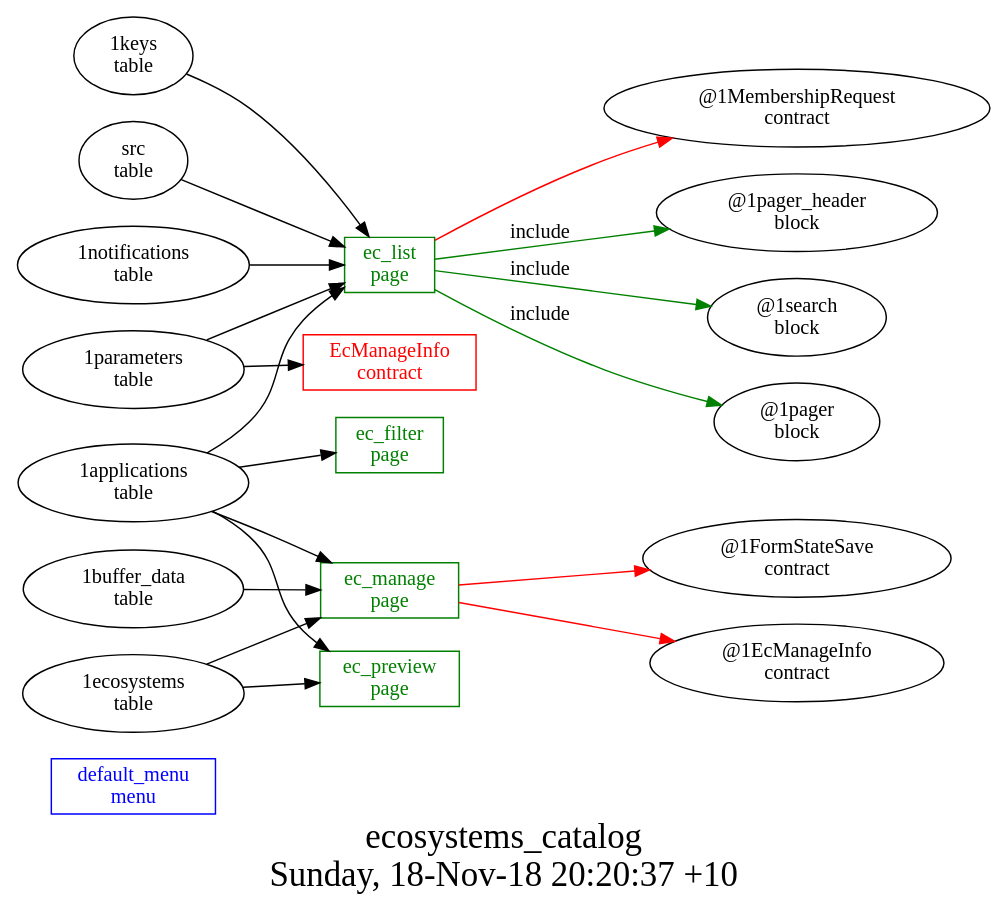
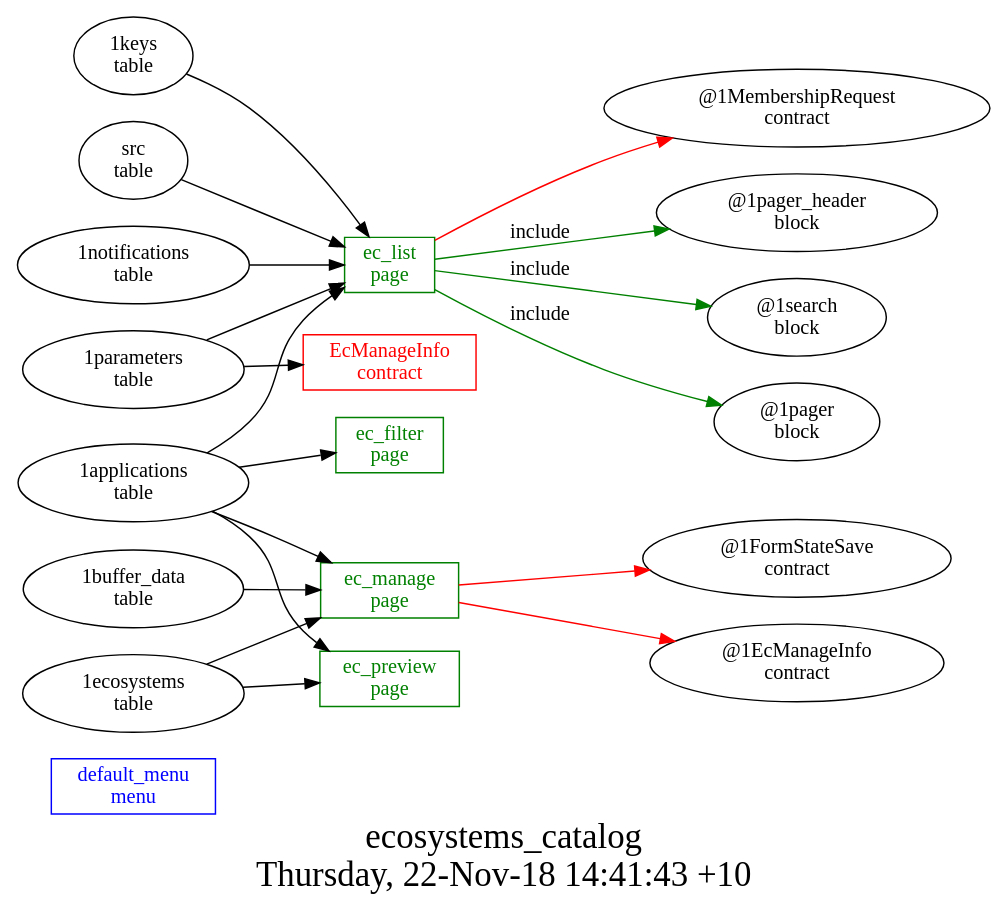
The diagram in other/ecosystems_catalog/struct.dot (AplaProject/apps), drawn with Graphviz before and after one commit. The commit also changed 15 other files, not shown here.

```diff
--- a/other/ecosystems_catalog/struct.dot
+++ b/other/ecosystems_catalog/struct.dot
@@ -1,32 +1,32 @@
 digraph G {
 fontsize="24";
-label="ecosystems_catalog\nSunday, 18-Nov-18 20:20:37 +10";
+label="ecosystems_catalog\nThursday, 22-Nov-18 14:41:43 +10";
 nojustify=true;
 ordering=out;
 rankdir=LR;
 size="30";
 "default_menu\nmenu" [color=blue, fontcolor=blue, group=menus, shape=record];
 "1applications\ntable" -> "ec_filter\npage"
 "ec_filter\npage" [color=green, fontcolor=green, group=pages, shape=record];
 "ec_list\npage" -> "@1MembershipRequest\ncontract"  [ color=red ]
 "1applications\ntable" -> "ec_list\npage"
 "src\ntable" -> "ec_list\npage"
 "1notifications\ntable" -> "ec_list\npage"
 "1keys\ntable" -> "ec_list\npage"
 "1parameters\ntable" -> "ec_list\npage"
 "ec_list\npage" -> "@1pager_header\nblock"  [ color=green, label=include ]
 "ec_list\npage" -> "@1search\nblock"  [ color=green, label=include ]
 "ec_list\npage" -> "@1pager\nblock"  [ color=green, label=include ]
 "ec_list\npage" [color=green, fontcolor=green, group=pages, shape=record];
 "ec_manage\npage" -> "@1FormStateSave\ncontract"  [ color=red ]
 "ec_manage\npage" -> "@1EcManageInfo\ncontract"  [ color=red ]
 "1applications\ntable" -> "ec_manage\npage"
 "1buffer_data\ntable" -> "ec_manage\npage"
 "1ecosystems\ntable" -> "ec_manage\npage"
 "ec_manage\npage" [color=green, fontcolor=green, group=pages, shape=record];
 "1applications\ntable" -> "ec_preview\npage"
 "1ecosystems\ntable" -> "ec_preview\npage"
 "ec_preview\npage" [color=green, fontcolor=green, group=pages, shape=record];
 "1parameters\ntable" -> "EcManageInfo\ncontract"
 "EcManageInfo\ncontract" [color=red, fontcolor=red, group=contracts, shape=record];
 }
```
